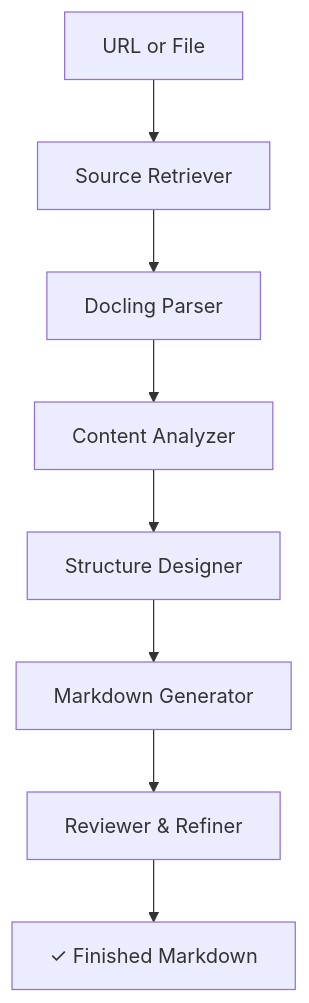
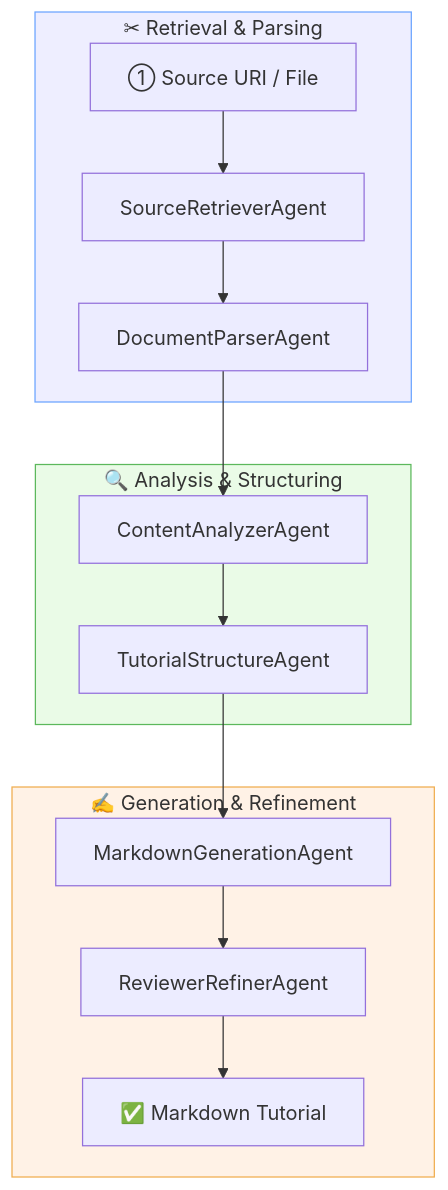
One commit to ruslanmv/ai-tutorial-generator changed the diagram in README.md. Above: the diagram before and after it, drawn with Mermaid. The commit also changed other lines of this file and 1 other file, not shown here.

`````diff
--- a/README.md
+++ b/README.md
@@ -17,10 +22,20 @@
 ```mermaid
 flowchart TD
-    A["URL or File"] --> B[Source Retriever]
-    B --> C[Docling Parser]
-    C --> D[Content Analyzer]
-    D --> E[Structure Designer]
-    E --> F[Markdown Generator]
-    F --> G[Reviewer & Refiner]
-    G --> H["✓ Finished Markdown"]
-```
+    subgraph Retrieval["✂ Retrieval & Parsing"]
+        A["① Source URI / File"] --> B[SourceRetrieverAgent]
+        B --> C[DocumentParserAgent]
+    end
+    subgraph Analysis["🔍 Analysis & Structuring"]
+        C --> D[ContentAnalyzerAgent]
+        D --> E[TutorialStructureAgent]
+    end
+    subgraph Generation["✍ Generation & Refinement"]
+        E --> F[MarkdownGenerationAgent]
+        F --> G[ReviewerRefinerAgent]
+        G --> H["✅ Markdown Tutorial"]
+    end
+
+    style Retrieval    fill:#eef,stroke:#6ba4ff,stroke-width:1px
+    style Analysis     fill:#eafbe7,stroke:#5cb85c,stroke-width:1px
+    style Generation   fill:#fff2e6,stroke:#f0ad4e,stroke-width:1px
+````
`````
